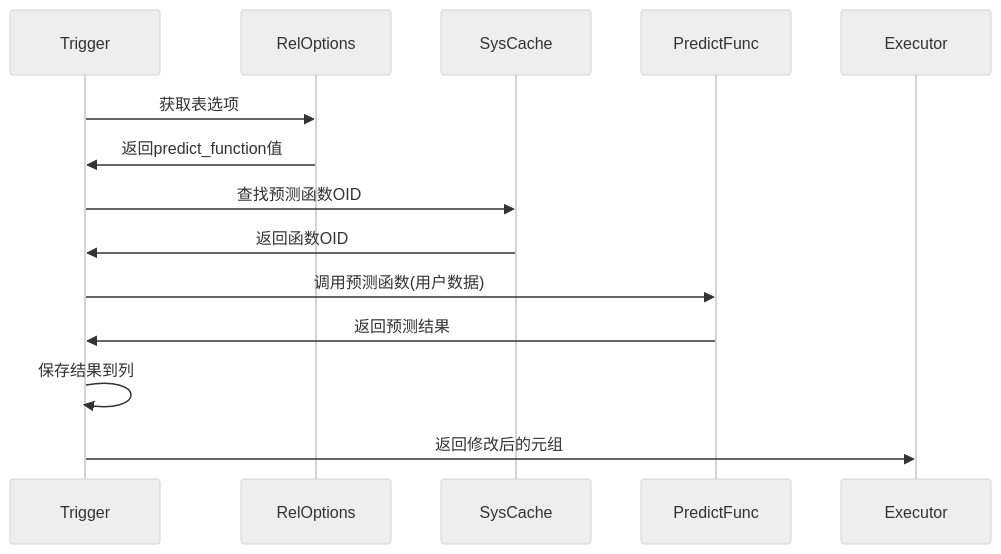
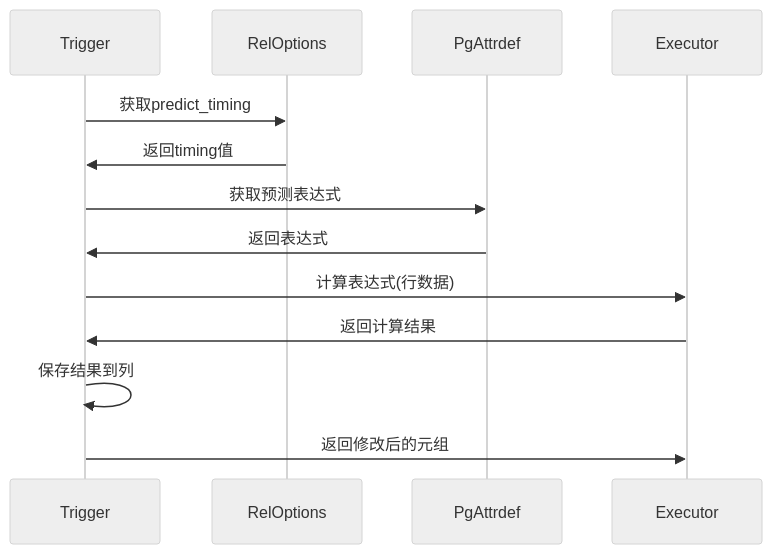
One commit to ZhongChaoqiang/postgres changed the fourth of 6 diagrams in doc/predict/PREDICT_DETAILED_DESIGN.md. Above: the diagram before and after it, drawn with Mermaid (neutral theme). The commit also changed other lines of this file and 21 other files, not shown here.

````diff
--- a/doc/predict/PREDICT_DETAILED_DESIGN.md
+++ b/doc/predict/PREDICT_DETAILED_DESIGN.md
@@ -680,17 +624,16 @@
 ```mermaid
 sequenceDiagram
     participant Trigger
     participant RelOptions
-    participant SysCache
-    participant PredictFunc
+    participant PgAttrdef
     participant Executor
     
-    Trigger->>RelOptions: 获取表选项
-    RelOptions->>Trigger: 返回predict_function值
-    Trigger->>SysCache: 查找预测函数OID
-    SysCache->>Trigger: 返回函数OID
-    Trigger->>PredictFunc: 调用预测函数(用户数据)
-    PredictFunc->>Trigger: 返回预测结果
+    Trigger->>RelOptions: 获取predict_timing
+    RelOptions->>Trigger: 返回timing值
+    Trigger->>PgAttrdef: 获取预测表达式
+    PgAttrdef->>Trigger: 返回表达式
+    Trigger->>Executor: 计算表达式(行数据)
+    Executor->>Trigger: 返回计算结果
     Trigger->>Trigger: 保存结果到列
     Trigger->>Executor: 返回修改后的元组
 ```
````
